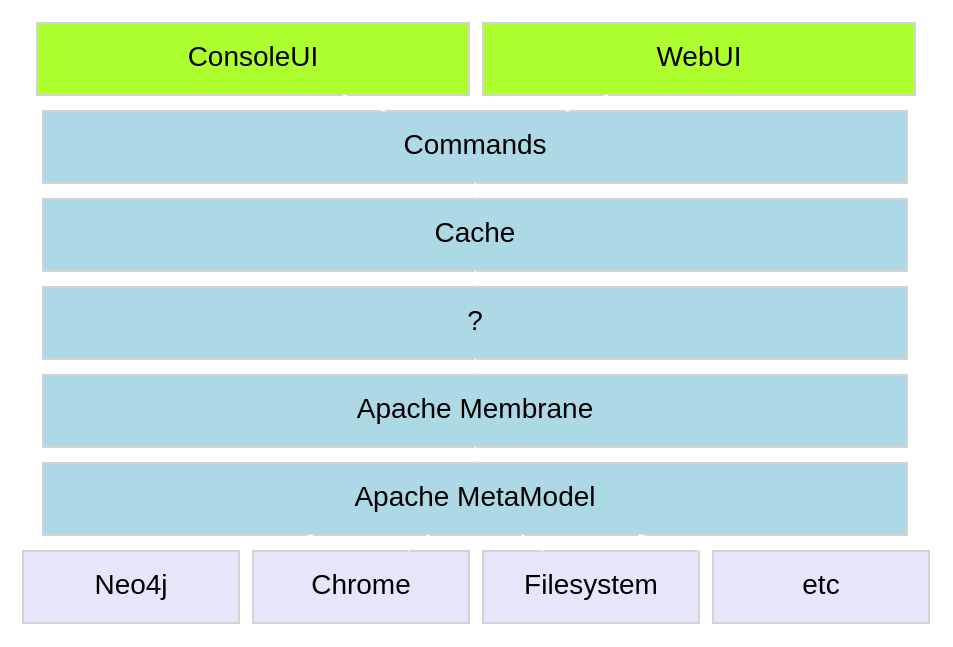
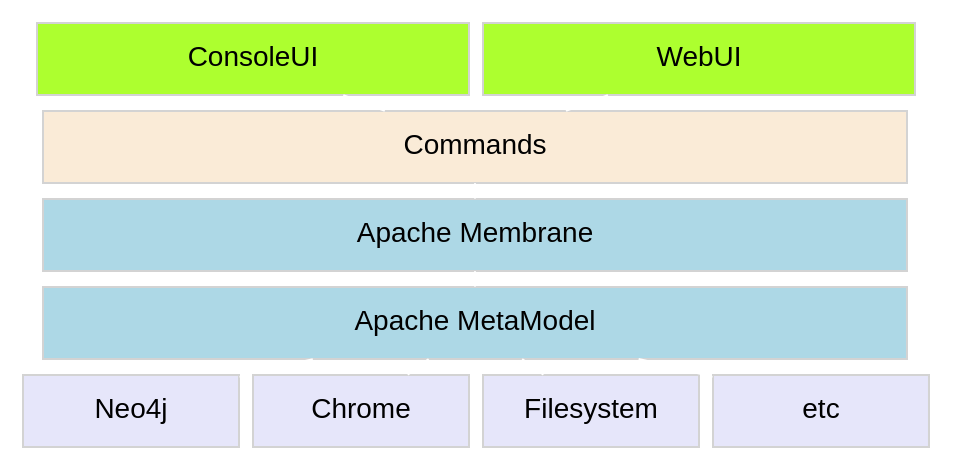
The diagram in docs/layers.dot (bburns/neomem), drawn with Graphviz before and after one commit. The commit also changed 1 other file, not shown here.

```diff
--- a/docs/layers.dot
+++ b/docs/layers.dot
@@ -1,34 +1,35 @@
 graph layers {
 
   // styles
   rankdir=TB; // top to bottom
   nodesep=0.1;
   ranksep=0.1;
   node [ shape=box, color=lightgray, fillcolor=lightblue, style=filled, fontname=Arial, width=6, height=0.5 ]; // default
   edge [ color=white, fontcolor=white ]; // default
 
   // nodes
   consoleui [ label="ConsoleUI", fillcolor=greenyellow, width=3 ];
   webui [ label="WebUI", fillcolor=greenyellow, width=3 ];
-  commands [ label="Commands" ];
-  cache [ label="Cache" ];
-  sql [ label="?" ];
+  commands [ label="Commands", fillcolor=antiquewhite ];
+  // cache [ label="Cache" ];
+  // sql [ label="?" ];
   membrane [ label="Apache Membrane" ];
   metamodel [ label="Apache MetaModel" ];
   neo4j [ label="Neo4j", fillcolor=lavender, width=1.5 ];
   bookmarks [ label="Chrome", fillcolor=lavender, width=1.5 ];
   filesys [ label="Filesystem", fillcolor=lavender, width=1.5 ];
   etc [ label="etc", fillcolor=lavender, width=1.5 ];
 
   // edges
   consoleui -- commands;
   webui -- commands;
-  commands -- cache;
-  cache -- sql;
-  sql -- membrane;
+  // commands -- cache;
+  // cache -- sql;
+  // sql -- membrane;
+  commands -- membrane;
   membrane -- metamodel;
   metamodel -- neo4j;
   metamodel -- bookmarks;
   metamodel -- filesys;
   metamodel -- etc;
 }
```
